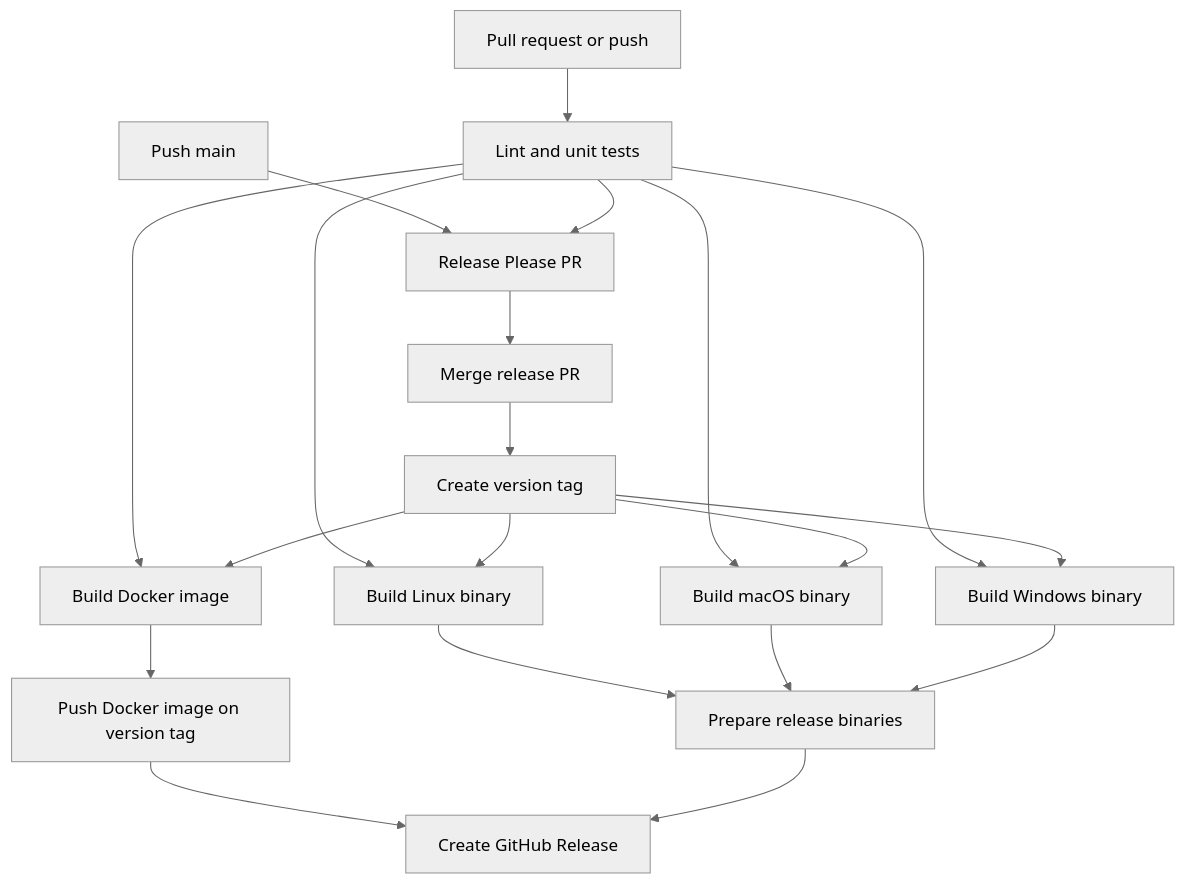
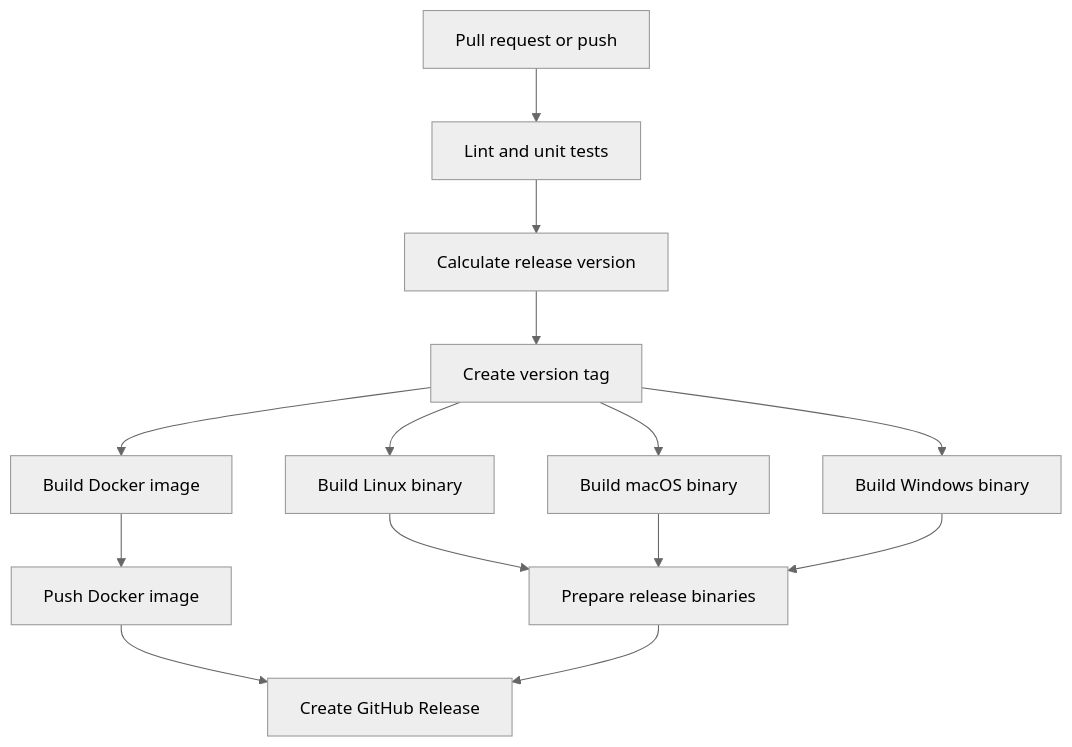
One commit to Ahmadabdelwhab/MDR changed the diagram in README.md. Above: the diagram before and after it, drawn with Mermaid (neutral theme). The commit also changed other lines of this file and 1 other file, not shown here.

Commit message:
ci: publish versioned release artifacts

````diff
--- a/README.md
+++ b/README.md
@@ -120,22 +120,16 @@
 ```mermaid
 flowchart TD
 	A[Pull request or push] --> B[Lint and unit tests]
-	B --> C[Build Docker image]
-	B --> D[Build Linux binary]
-	B --> E[Build macOS binary]
-	B --> F[Build Windows binary]
-	C --> G[Push Docker image on version tag]
-	D --> H[Prepare release binaries]
-	E --> H
-	F --> H
-	G --> I[Create GitHub Release]
-	H --> I
-	J[Push main] --> K[Release Please PR]
-	B --> K
-	K --> L[Merge release PR]
-	L --> M[Create version tag]
-	M --> C
-	M --> D
-	M --> E
-	M --> F
+	B --> C[Calculate release version]
+	C --> D[Create version tag]
+	D --> E[Build Docker image]
+	D --> F[Build Linux binary]
+	D --> G[Build macOS binary]
+	D --> H[Build Windows binary]
+	E --> I[Push Docker image]
+	F --> J[Prepare release binaries]
+	G --> J
+	H --> J
+	I --> K[Create GitHub Release]
+	J --> K
 ```
````
